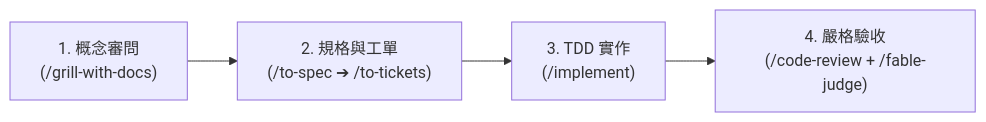
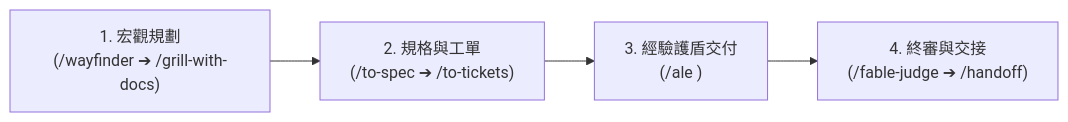
Before and after one commit to JackyLin213/antigravity-skills: the second of 2 diagrams in README.md, drawn with Mermaid. The commit also changed other lines of this file, not shown here.

````diff
--- a/README.md
+++ b/README.md
@@ -103,6 +141,6 @@
 ```mermaid
 flowchart LR
-    Step1["1. 概念審問<br/>(/grill-with-docs)"] --> Step2["2. 規格與工單<br/>(/to-spec ➔ /to-tickets)"]
-    Step2 --> Step3["3. TDD 實作<br/>(/implement)"]
-    Step3 --> Step4["4. 嚴格驗收<br/>(/code-review + /fable-judge)"]
+    Step1["1. 宏觀規劃<br/>(/wayfinder ➔ /grill-with-docs)"] --> Step2["2. 規格與工單<br/>(/to-spec ➔ /to-tickets)"]
+    Step2 --> Step3["3. 經驗護盾交付<br/>(/ale <ticket>)"]
+    Step3 --> Step4["4. 終審與交接<br/>(/fable-judge ➔ /handoff)"]
 ```
````
